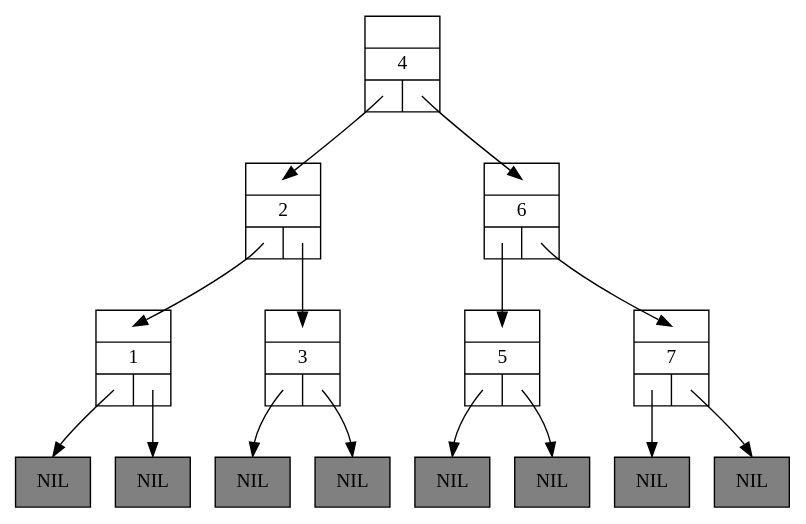
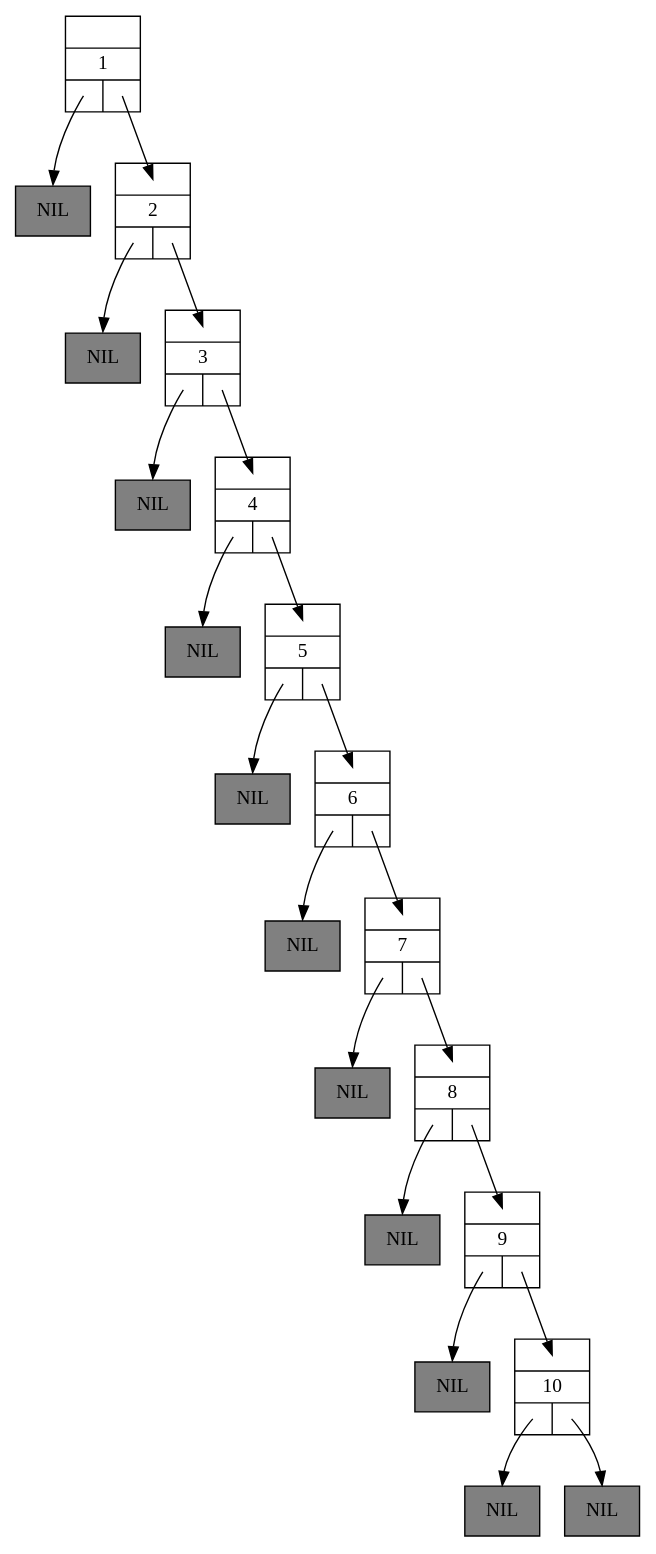
Before and after one commit to Bjornieee/Algo3_TP5: the diagram in cmake-build-debug/FullTree.dot, drawn with Graphviz. The commit also changed 58 other files, not shown here.

```diff
--- a/cmake-build-debug/FullTree.dot
+++ b/cmake-build-debug/FullTree.dot
@@ -1,35 +1,47 @@
 digraph BinarySearchTree {
 	graph [ranksep=0.5];
 	node [shape = record];
 
-	n4 [label="{{<parent>}|4|{<left>|<right>}}"];
-	n4:left:c -> n2:parent:c [headclip=false, tailclip=false]
-	n4:right:c -> n6:parent:c [headclip=false, tailclip=false]
-	n2 [label="{{<parent>}|2|{<left>|<right>}}"];
-	n2:left:c -> n1:parent:c [headclip=false, tailclip=false]
-	n2:right:c -> n3:parent:c [headclip=false, tailclip=false]
-	n6 [label="{{<parent>}|6|{<left>|<right>}}"];
-	n6:left:c -> n5:parent:c [headclip=false, tailclip=false]
-	n6:right:c -> n7:parent:c [headclip=false, tailclip=false]
 	n1 [label="{{<parent>}|1|{<left>|<right>}}"];
 	lnil1 [style=filled, fillcolor=grey, label="NIL"];
 	n1:left:c -> lnil1:n [headclip=false, tailclip=false]
-	rnil1 [style=filled, fillcolor=grey, label="NIL"];
-	n1:right:c -> rnil1:n [headclip=false, tailclip=false]
+	n1:right:c -> n2:parent:c [headclip=false, tailclip=false]
+	n2 [label="{{<parent>}|2|{<left>|<right>}}"];
+	lnil2 [style=filled, fillcolor=grey, label="NIL"];
+	n2:left:c -> lnil2:n [headclip=false, tailclip=false]
+	n2:right:c -> n3:parent:c [headclip=false, tailclip=false]
 	n3 [label="{{<parent>}|3|{<left>|<right>}}"];
 	lnil3 [style=filled, fillcolor=grey, label="NIL"];
 	n3:left:c -> lnil3:n [headclip=false, tailclip=false]
-	rnil3 [style=filled, fillcolor=grey, label="NIL"];
-	n3:right:c -> rnil3:n [headclip=false, tailclip=false]
+	n3:right:c -> n4:parent:c [headclip=false, tailclip=false]
+	n4 [label="{{<parent>}|4|{<left>|<right>}}"];
+	lnil4 [style=filled, fillcolor=grey, label="NIL"];
+	n4:left:c -> lnil4:n [headclip=false, tailclip=false]
+	n4:right:c -> n5:parent:c [headclip=false, tailclip=false]
 	n5 [label="{{<parent>}|5|{<left>|<right>}}"];
 	lnil5 [style=filled, fillcolor=grey, label="NIL"];
 	n5:left:c -> lnil5:n [headclip=false, tailclip=false]
-	rnil5 [style=filled, fillcolor=grey, label="NIL"];
-	n5:right:c -> rnil5:n [headclip=false, tailclip=false]
+	n5:right:c -> n6:parent:c [headclip=false, tailclip=false]
+	n6 [label="{{<parent>}|6|{<left>|<right>}}"];
+	lnil6 [style=filled, fillcolor=grey, label="NIL"];
+	n6:left:c -> lnil6:n [headclip=false, tailclip=false]
+	n6:right:c -> n7:parent:c [headclip=false, tailclip=false]
 	n7 [label="{{<parent>}|7|{<left>|<right>}}"];
 	lnil7 [style=filled, fillcolor=grey, label="NIL"];
 	n7:left:c -> lnil7:n [headclip=false, tailclip=false]
-	rnil7 [style=filled, fillcolor=grey, label="NIL"];
-	n7:right:c -> rnil7:n [headclip=false, tailclip=false]
+	n7:right:c -> n8:parent:c [headclip=false, tailclip=false]
+	n8 [label="{{<parent>}|8|{<left>|<right>}}"];
+	lnil8 [style=filled, fillcolor=grey, label="NIL"];
+	n8:left:c -> lnil8:n [headclip=false, tailclip=false]
+	n8:right:c -> n9:parent:c [headclip=false, tailclip=false]
+	n9 [label="{{<parent>}|9|{<left>|<right>}}"];
+	lnil9 [style=filled, fillcolor=grey, label="NIL"];
+	n9:left:c -> lnil9:n [headclip=false, tailclip=false]
+	n9:right:c -> n10:parent:c [headclip=false, tailclip=false]
+	n10 [label="{{<parent>}|10|{<left>|<right>}}"];
+	lnil10 [style=filled, fillcolor=grey, label="NIL"];
+	n10:left:c -> lnil10:n [headclip=false, tailclip=false]
+	rnil10 [style=filled, fillcolor=grey, label="NIL"];
+	n10:right:c -> rnil10:n [headclip=false, tailclip=false]
 
 }
```
